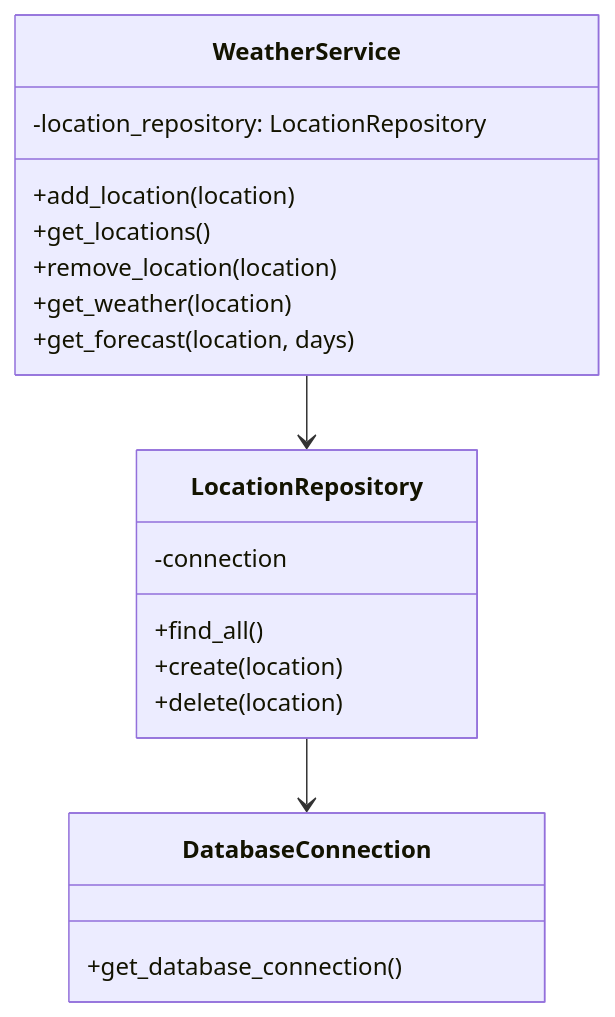
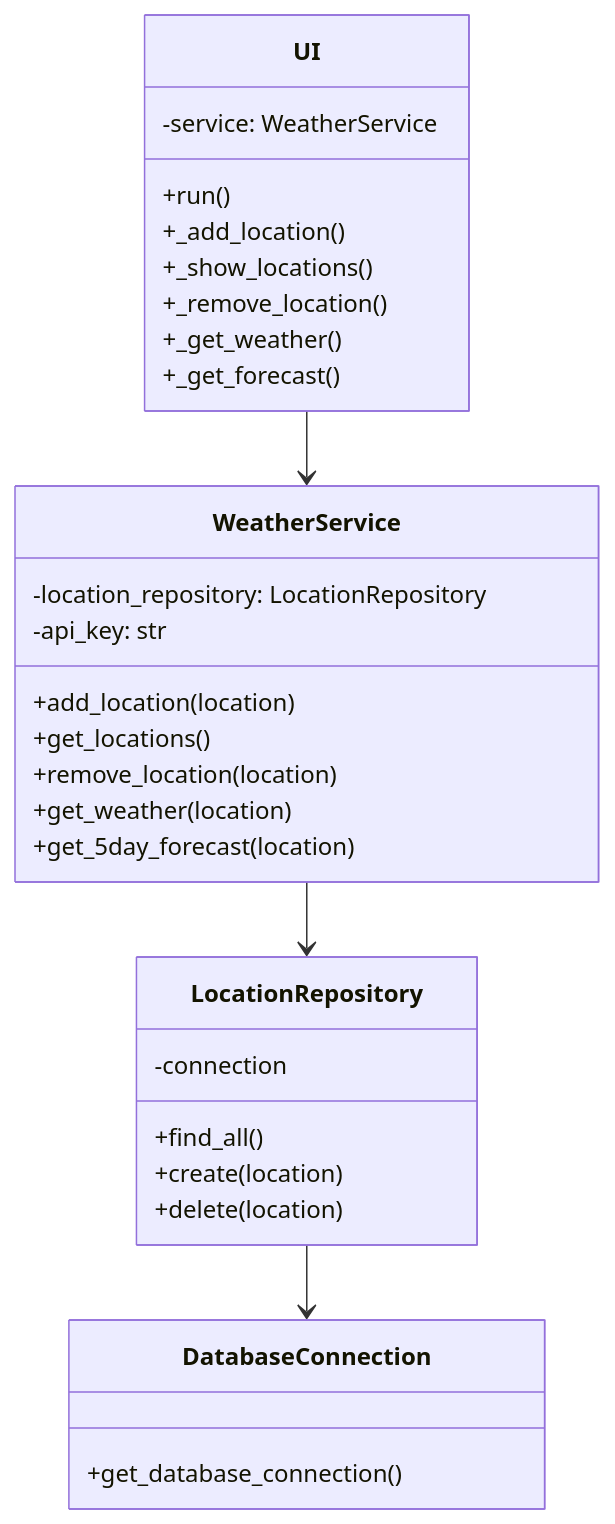
Before and after one commit to Ayanlee1/ot-harjoitustyo: the first of 2 diagrams in dokumentaatio/arkkitehtuuri.md, drawn with Mermaid. The commit also changed other lines of this file and 15 other files, not shown here.

````diff
--- a/dokumentaatio/arkkitehtuuri.md
+++ b/dokumentaatio/arkkitehtuuri.md
@@ -7,25 +7,37 @@
 ```mermaid
 classDiagram
+    class UI {
+        -service: WeatherService
+        +run()
+        +_add_location()
+        +_show_locations()
+        +_remove_location()
+        +_get_weather()
+        +_get_forecast()
+    }
+    
     class WeatherService {
         -location_repository: LocationRepository
+        -api_key: str
         +add_location(location)
         +get_locations()
         +remove_location(location) 
         +get_weather(location)
-        +get_forecast(location, days)
+        +get_5day_forecast(location)
     }
     
     class LocationRepository {
         -connection
         +find_all()
         +create(location)
         +delete(location)
     }
     
     class DatabaseConnection {
         +get_database_connection()
     }
     
+    UI --> WeatherService
     WeatherService --> LocationRepository
     LocationRepository --> DatabaseConnection
 ```
````
